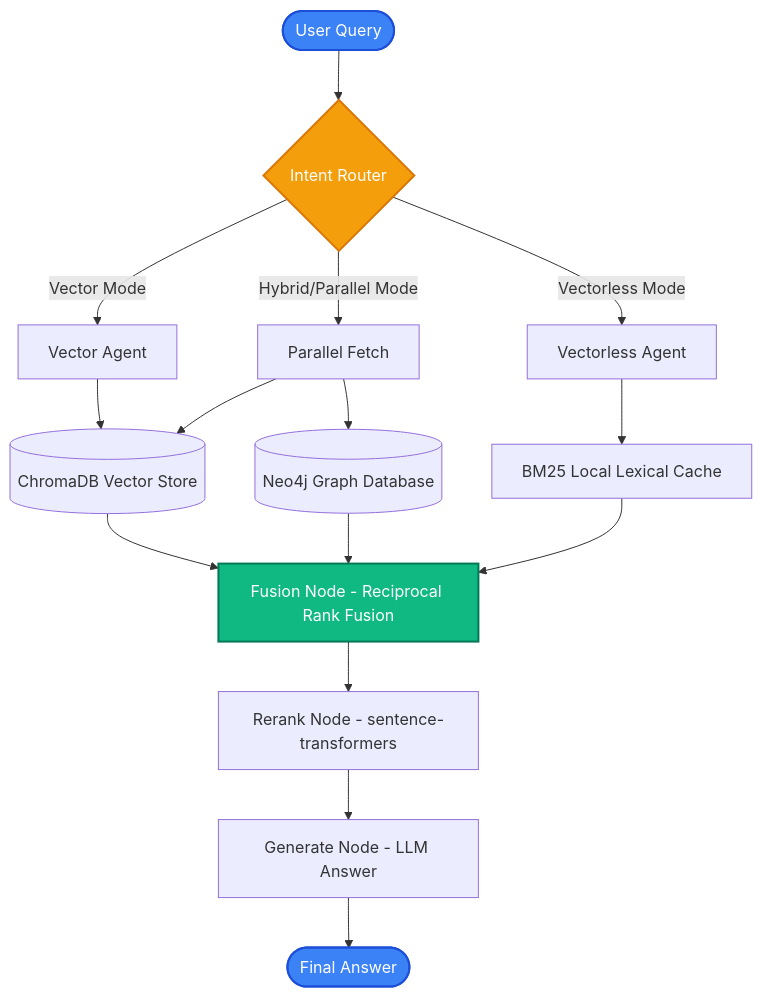
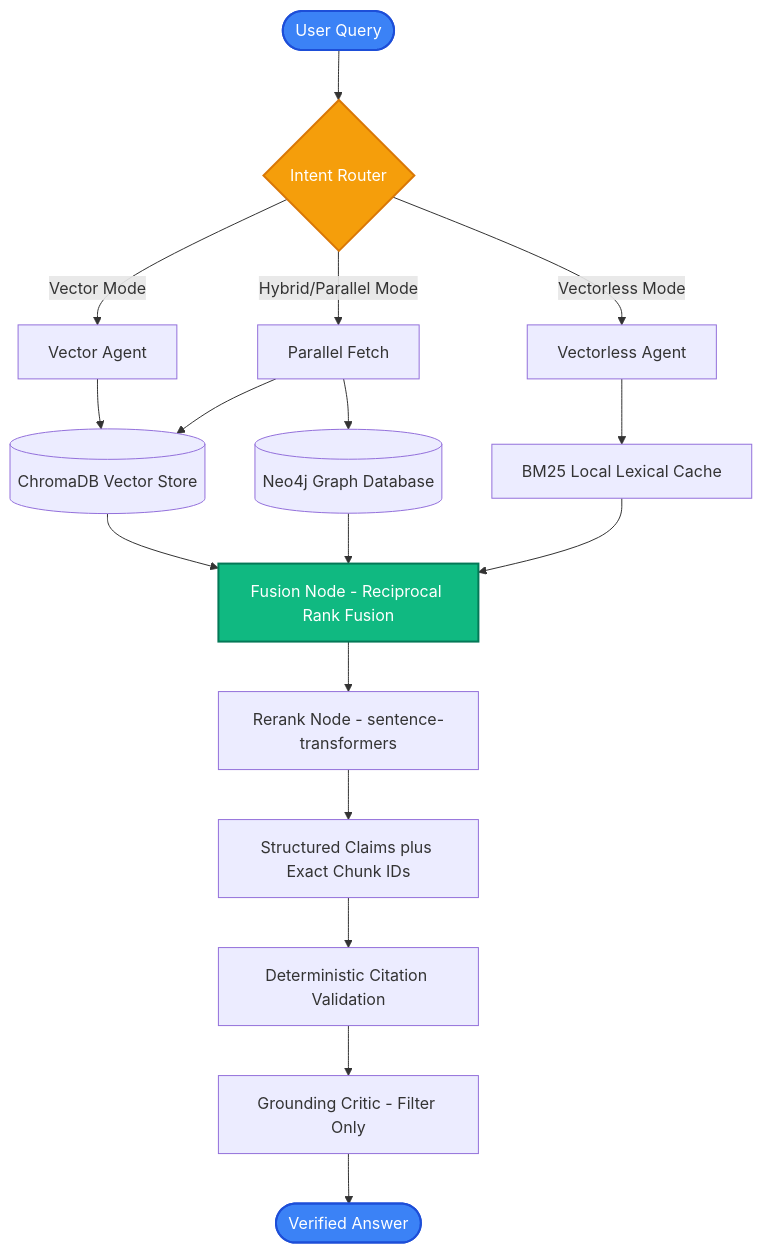
One commit to Senthilsivam41/kinegraph-v changed the second of 2 diagrams in README.md. Above: the diagram before and after it, drawn with Mermaid. The commit also changed other lines of this file and 11 other files, not shown here.

````diff
--- a/README.md
+++ b/README.md
@@ -174,28 +190,30 @@
 ```mermaid
 graph TD
     User([User Query]) --> Router{Intent Router}
     
     Router -->|Vector Mode| VA[Vector Agent]
     Router -->|Hybrid/Parallel Mode| PF[Parallel Fetch]
     Router -->|Vectorless Mode| VLA[Vectorless Agent]
     
     VA --> Chroma[(ChromaDB Vector Store)]
     
     PF --> Chroma
     PF --> Neo4j[(Neo4j Graph Database)]
     
     VLA --> Lexical[BM25 Local Lexical Cache]
     
     Chroma --> Fusion[Fusion Node - Reciprocal Rank Fusion]
     Neo4j --> Fusion
     Lexical --> Fusion
     
     Fusion --> Rerank[Rerank Node - sentence-transformers]
-    Rerank --> Generate[Generate Node - LLM Answer]
-    Generate --> Output([Final Answer])
+    Rerank --> Generate[Structured Claims plus Exact Chunk IDs]
+    Generate --> Validate[Deterministic Citation Validation]
+    Validate --> Critic[Grounding Critic - Filter Only]
+    Critic --> Output([Verified Answer])
     
     style User fill:#3b82f6,stroke:#1d4ed8,stroke-width:2px,color:#fff
     style Router fill:#f59e0b,stroke:#d97706,stroke-width:2px,color:#fff
     style Fusion fill:#10b981,stroke:#047857,stroke-width:2px,color:#fff
     style Output fill:#3b82f6,stroke:#1d4ed8,stroke-width:2px,color:#fff
 ```
````
